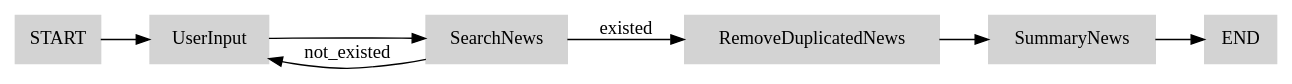
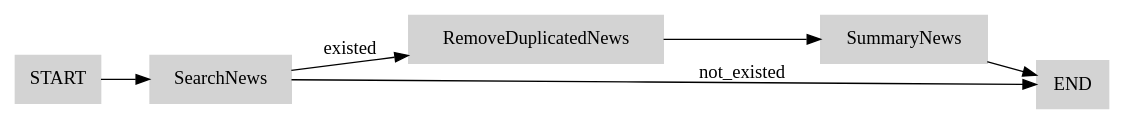
The diagram in news_agent/flow_charts/logic_flow.dot (xi-jjun/cs-helper), drawn with Graphviz before and after one commit. The commit also changed 2 other files, not shown here.

Commit message:
#22 : 불필요한 user_input node 제거

```diff
--- a/news_agent/flow_charts/logic_flow.dot
+++ b/news_agent/flow_charts/logic_flow.dot
@@ -1,13 +1,12 @@
 digraph NewsAgent {
     rankdir=LR;
     node [shape=box, style=filled, color=lightgray];
 
-    START -> UserInput;
-    UserInput -> SearchNews;
+    START -> SearchNews;
 
     SearchNews -> RemoveDuplicatedNews [label="existed"];
-    SearchNews -> UserInput [label="not_existed"];
+    SearchNews -> END [label="not_existed"];
 
     RemoveDuplicatedNews -> SummaryNews;
     SummaryNews -> END;
 }
```
